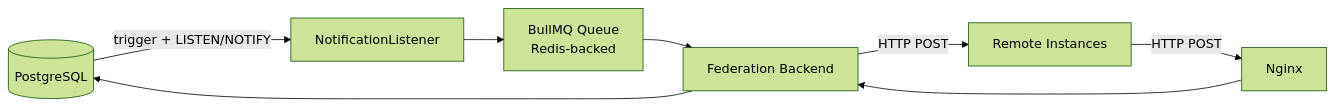
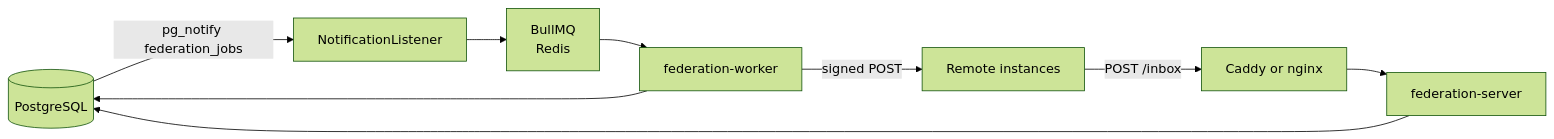
The diagram in docs-source/guide/deployment/federation.md (y4my4my4m/harmony), drawn with Mermaid (forest theme) before and after one commit. The commit also changed other lines of this file and 97 other files, not shown here.

````diff
--- a/docs-source/guide/deployment/federation.md
+++ b/docs-source/guide/deployment/federation.md
@@ -7,10 +7,11 @@
 ```mermaid
 graph LR
-    DB[(PostgreSQL)] -->|trigger + LISTEN/NOTIFY| Bridge[NotificationListener]
-    Bridge --> Queue[BullMQ Queue<br/>Redis-backed]
-    Queue --> FedBackend[Federation Backend]
-    FedBackend -->|HTTP POST| Remote[Remote Instances]
-    Remote -->|HTTP POST| Nginx
-    Nginx --> FedBackend
-    FedBackend --> DB
+    DB[(PostgreSQL)] -->|pg_notify federation_jobs| Listener[NotificationListener]
+    Listener --> Queue[BullMQ<br/>Redis]
+    Queue --> Worker[federation-worker]
+    Worker -->|signed POST| Remote[Remote instances]
+    Remote -->|POST /inbox| Proxy[Caddy or nginx]
+    Proxy --> Server[federation-server]
+    Server --> DB
+    Worker --> DB
 ```
````
